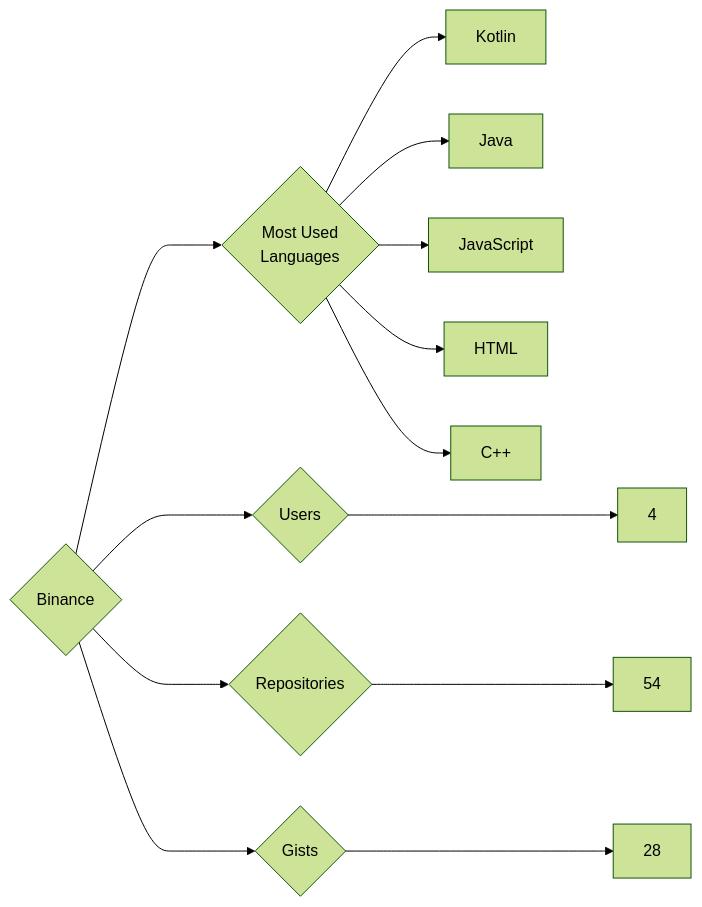
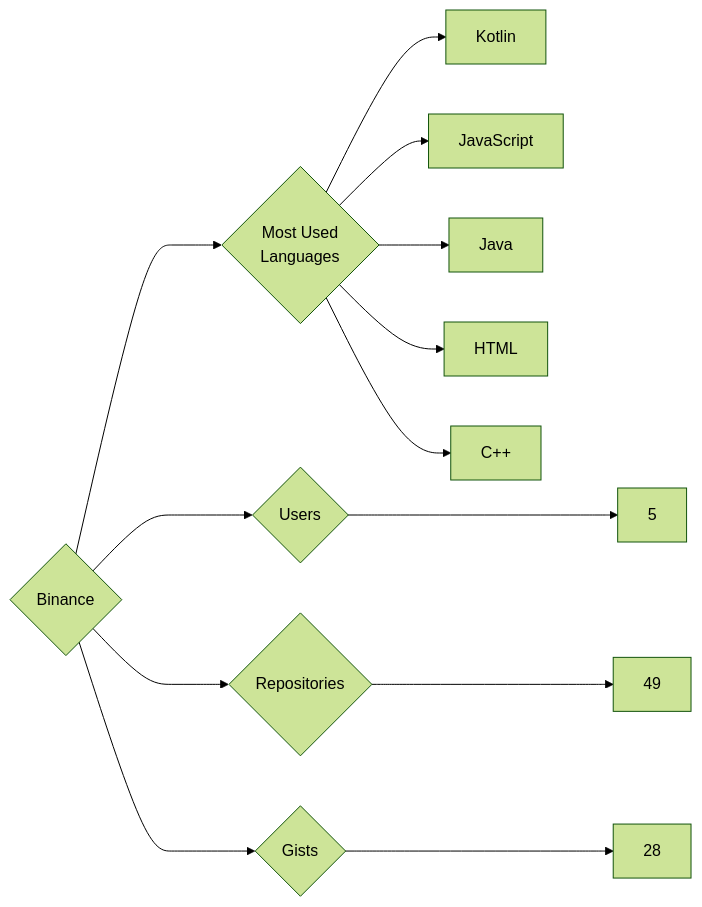
The diagram in targets/Binance/README.md (trickest/insiders), drawn with Mermaid (forest theme) before and after one commit. The commit also changed 1055 other files, not shown here.

````diff
--- a/targets/Binance/README.md
+++ b/targets/Binance/README.md
@@ -3,13 +3,13 @@
 ```mermaid
 graph LR
 COMPANY_NAME{Binance}
-COMPANY_NAME ---> U{Users} ---> UN[4]
-COMPANY_NAME ---> R{Repositories} ---> RN[54]
+COMPANY_NAME ---> U{Users} ---> UN[5]
+COMPANY_NAME ---> R{Repositories} ---> RN[49]
 COMPANY_NAME ---> G{Gists} ---> GN[28]
 COMPANY_NAME ---> ML{Most Used<br>Languages}
 ML --> Kotlin[Kotlin]
+ML --> JavaScript[JavaScript]
 ML --> Java[Java]
-ML --> JavaScript[JavaScript]
 ML --> HTML[HTML]
 ML --> C++[C++]
 ```
````
